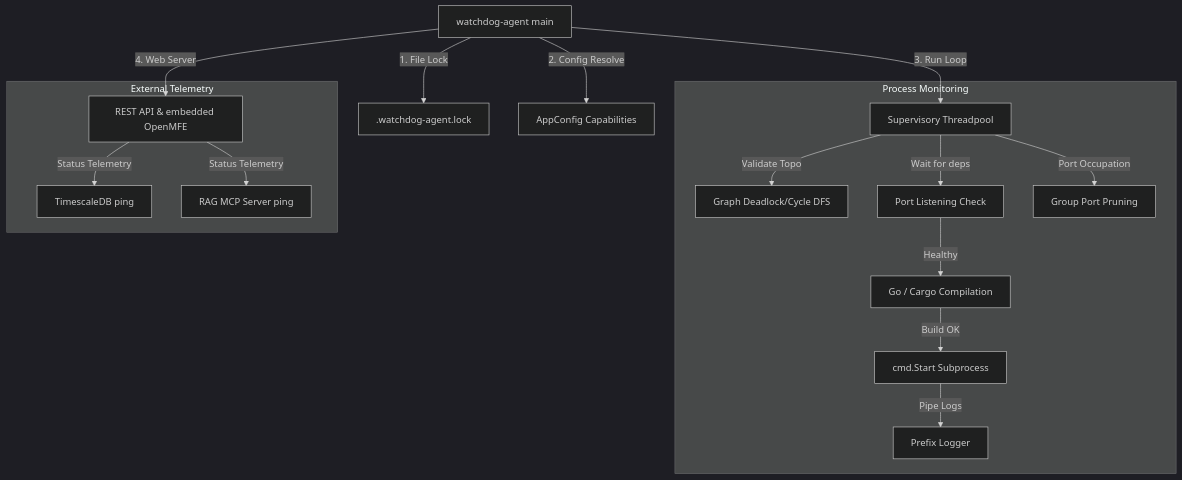
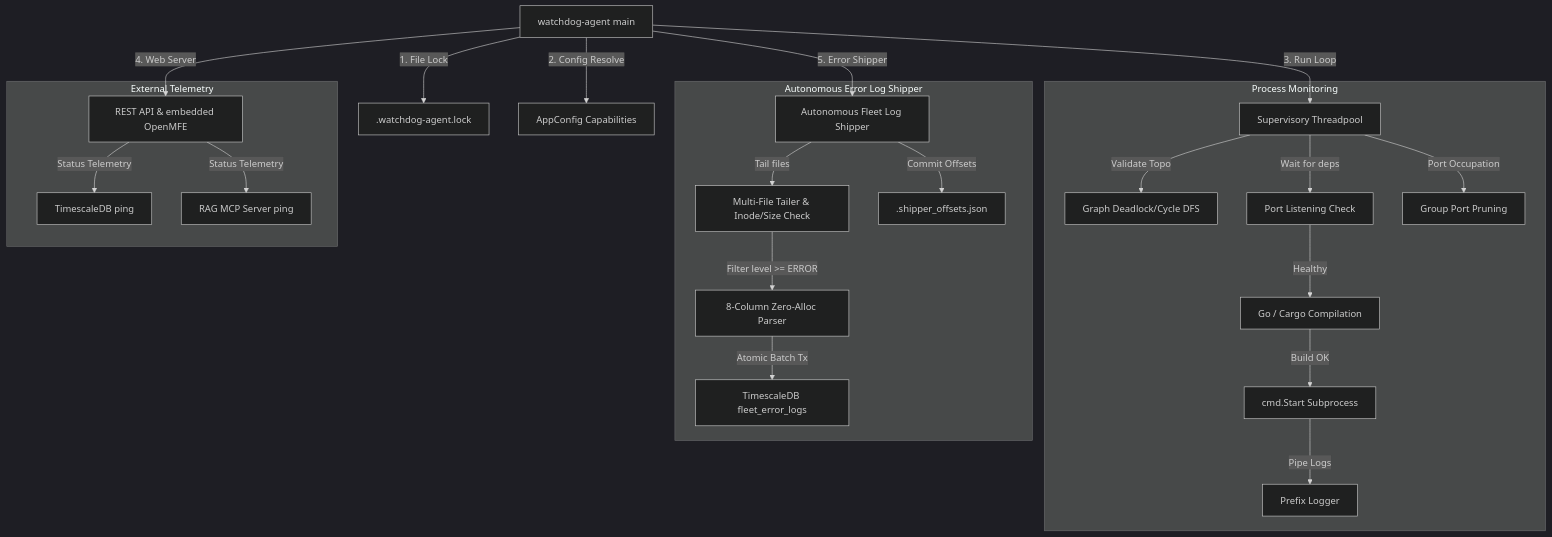
One commit to Bastien-Antigravity/watchdog-agent changed the diagram in quick-overview/Architecture-Overview.md. Above: the diagram before and after it, drawn with Mermaid (dark theme). The commit also changed other lines of this file and 32 other files, not shown here.

Commit message:
feat: implement autonomous fleet error log shipper with database checkpointing and openmfe contracts

````diff
--- a/quick-overview/Architecture-Overview.md
+++ b/quick-overview/Architecture-Overview.md
@@ -21,21 +21,29 @@
 ```mermaid
 graph TD
     Launcher[watchdog-agent main] -->|1. File Lock| Lock[.watchdog-agent.lock]
     Launcher -->|2. Config Resolve| Config[AppConfig Capabilities]
     Launcher -->|3. Run Loop| Supervisor[Supervisory Threadpool]
     Launcher -->|4. Web Server| Server[REST API & embedded OpenMFE]
+    Launcher -->|5. Error Shipper| Shipper[Autonomous Fleet Log Shipper]
 
     subgraph "Process Monitoring"
         Supervisor -->|Validate Topo| GraphCheck[Graph Deadlock/Cycle DFS]
         Supervisor -->|Wait for deps| DepCheck[Port Listening Check]
         Supervisor -->|Port Occupation| Pruner[Group Port Pruning]
         DepCheck -->|Healthy| Compile[Go / Cargo Compilation]
         Compile -->|Build OK| Exec[cmd.Start Subprocess]
         Exec -->|Pipe Logs| Logs[Prefix Logger]
     end
 
+    subgraph "Autonomous Error Log Shipper"
+        Shipper -->|Tail files| Tailer[Multi-File Tailer & Inode/Size Check]
+        Tailer -->|Filter level >= ERROR| Parser[8-Column Zero-Alloc Parser]
+        Parser -->|Atomic Batch Tx| DBHypertable[TimescaleDB fleet_error_logs]
+        Shipper -->|Commit Offsets| CheckpointStore[.shipper_offsets.json]
+    end
+
     subgraph "External Telemetry"
         Server -->|Status Telemetry| DBCheck[TimescaleDB ping]
         Server -->|Status Telemetry| RAGCheck[RAG MCP Server ping]
     end
 ```
````
